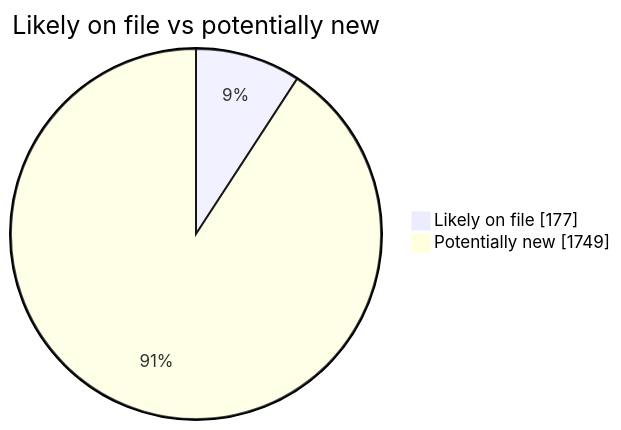
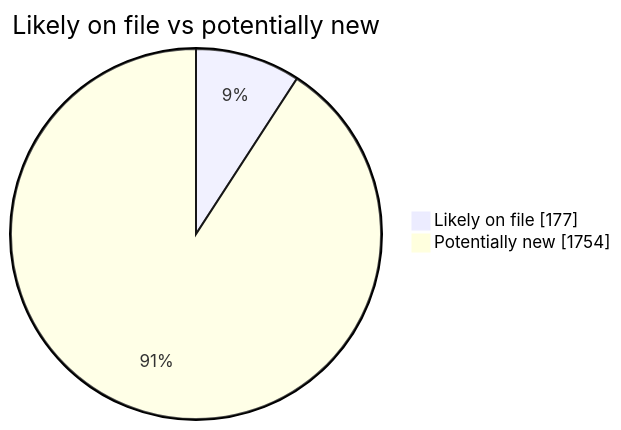
The second of 4 diagrams in README.md (martinbalfanz/social-scanner-reports), drawn with Mermaid before and after one commit. The commit also changed other lines of this file and 4 other files, not shown here.

````diff
--- a/README.md
+++ b/README.md
@@ -40,5 +40,5 @@
 ```mermaid
 pie showData title Likely on file vs potentially new
     "Likely on file" : 177
-    "Potentially new" : 1749
+    "Potentially new" : 1754
 ```
````
